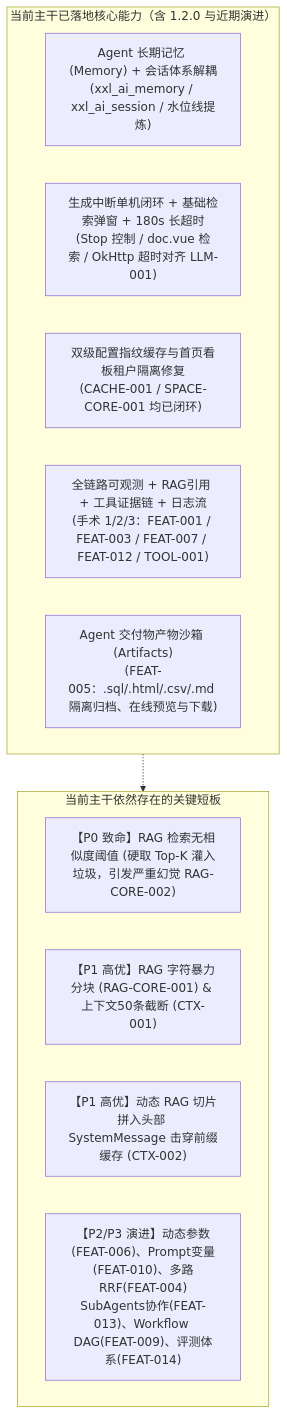
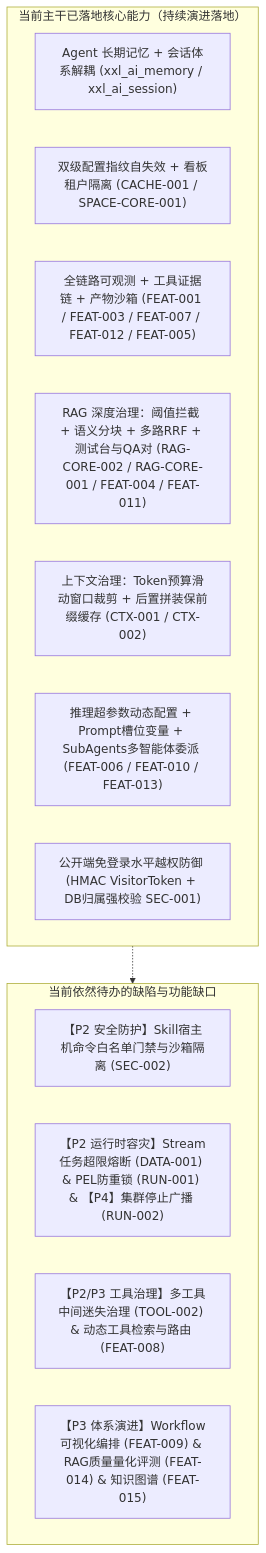
Before and after one commit to Qinstudy/xxl-ai: the first of 2 diagrams in docs/XXL-AI-核心缺陷与功能演进优先级总表-v1.0.md, drawn with Mermaid. The commit also changed other lines of this file and 15 other files, not shown here.

Commit message:
fix(security): 落地访客端 HMAC 签名令牌与会话归属强校验，彻底根绝 IDOR 水平越权 [SEC-001]

````diff
--- a/docs/XXL-AI-核心缺陷与功能演进优先级总表-v1.0.md
+++ b/docs/XXL-AI-核心缺陷与功能演进优先级总表-v1.0.md
@@ -34,19 +34,21 @@
 ```mermaid
 flowchart TD
-    subgraph Done["当前主干已落地核心能力（含 1.2.0 与近期演进）"]
-        D1["Agent 长期记忆 (Memory) + 会话体系解耦<br/>(xxl_ai_memory / xxl_ai_session / 水位线提炼)"]
-        D2["生成中断单机闭环 + 基础检索弹窗 + 180s 长超时<br/>(Stop 控制 / doc.vue 检索 / OkHttp 超时对齐 LLM-001)"]
-        D3["双级配置指纹缓存与首页看板租户隔离修复<br/>(CACHE-001 / SPACE-CORE-001 均已闭环)"]
-        D4["全链路可观测 + RAG引用 + 工具证据链 + 日志流<br/>(手术 1/2/3：FEAT-001 / FEAT-003 / FEAT-007 / FEAT-012 / TOOL-001)"]
-        D5["Agent 交付物产物沙箱 (Artifacts)<br/>(FEAT-005：.sql/.html/.csv/.md 隔离归档、在线预览与下载)"]
+    subgraph Done["当前主干已落地核心能力（持续演进落地）"]
+        D1["Agent 长期记忆 + 会话体系解耦 (xxl_ai_memory / xxl_ai_session)"]
+        D2["双级配置指纹自失效 + 看板租户隔离 (CACHE-001 / SPACE-CORE-001)"]
+        D3["全链路可观测 + 工具证据链 + 产物沙箱 (FEAT-001 / FEAT-003 / FEAT-007 / FEAT-012 / FEAT-005)"]
+        D4["RAG 深度治理：阈值拦截 + 语义分块 + 多路RRF + 测试台与QA对 (RAG-CORE-002 / RAG-CORE-001 / FEAT-004 / FEAT-011)"]
+        D5["上下文治理：Token预算滑动窗口裁剪 + 后置拼装保前缀缓存 (CTX-001 / CTX-002)"]
+        D6["推理超参数动态配置 + Prompt槽位变量 + SubAgents多智能体委派 (FEAT-006 / FEAT-010 / FEAT-013)"]
+        D7["公开端免登录水平越权防御 (HMAC VisitorToken + DB归属强校验 SEC-001)"]
     end
 
-    subgraph StillGaps["当前主干依然存在的关键短板"]
-        G1["【P0 致命】RAG 检索无相似度阈值 (硬取 Top-K 灌入垃圾，引发严重幻觉 RAG-CORE-002)"]
-        G2["【P1 高优】RAG 字符暴力分块 (RAG-CORE-001) & 上下文50条截断 (CTX-001)"]
-        G3["【P1 高优】动态 RAG 切片拼入头部 SystemMessage 击穿前缀缓存 (CTX-002)"]
-        G4["【P2/P3 演进】动态参数(FEAT-006)、Prompt变量(FEAT-010)、多路RRF(FEAT-004)<br/>SubAgents协作(FEAT-013)、Workflow DAG(FEAT-009)、评测体系(FEAT-014)"]
+    subgraph StillGaps["当前依然待办的缺陷与功能缺口"]
+        G1["【P2 安全防护】Skill宿主机命令白名单门禁与沙箱隔离 (SEC-002)"]
+        G2["【P2 运行时容灾】Stream任务超限熔断 (DATA-001) & PEL防重锁 (RUN-001) & 【P4】集群停止广播 (RUN-002)"]
+        G3["【P2/P3 工具治理】多工具中间迷失治理 (TOOL-002) & 动态工具检索与路由 (FEAT-008)"]
+        G4["【P3 体系演进】Workflow可视化编排 (FEAT-009) & RAG质量量化评测 (FEAT-014) & 知识图谱 (FEAT-015)"]
     end
 
     Done -.-> StillGaps
 ```
````
